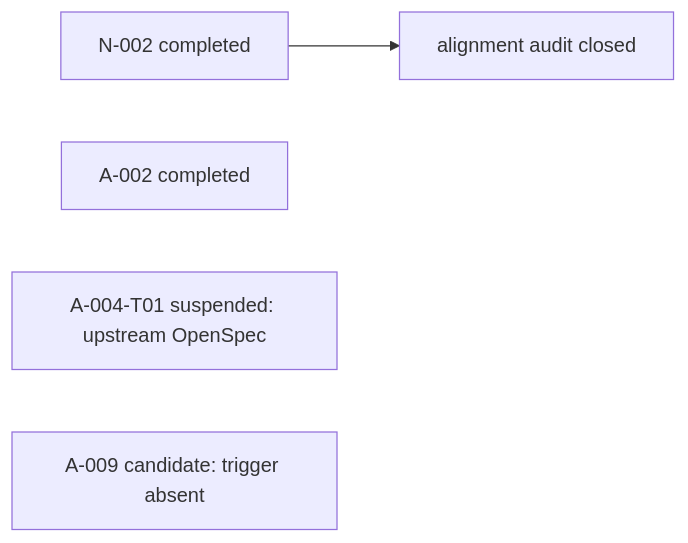
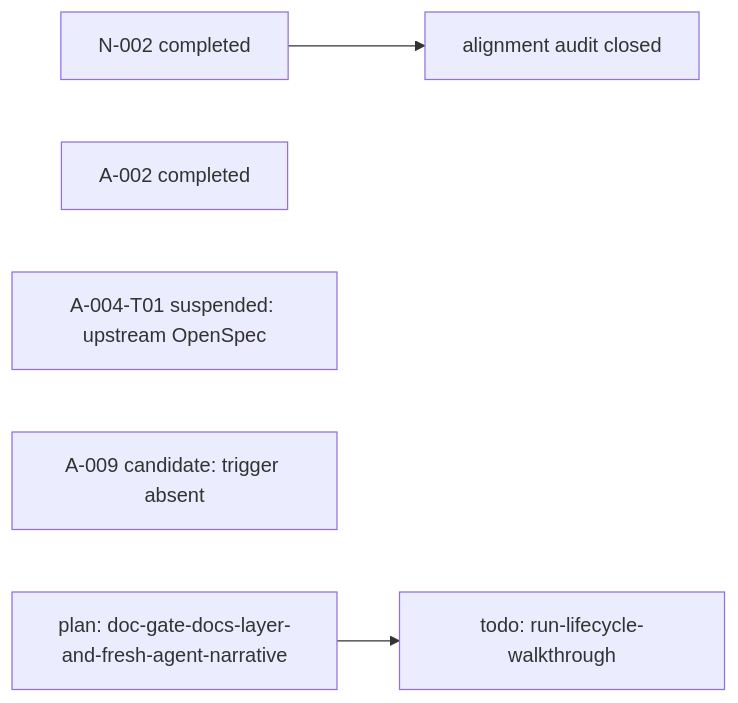
Before and after one commit to ethan-jiang-1/ai_deerflow_deep_research_v2: the diagram in _backlog/todos/README.md, drawn with Mermaid. The commit also changed other lines of this file and 13 other files, not shown here.

First line of the commit message:
feat(governance): doc gate widens to the dev-harness docs layer (PRS-020)

````diff
--- a/_backlog/todos/README.md
+++ b/_backlog/todos/README.md
@@ -43,7 +45,8 @@
 ```mermaid
 flowchart LR
   N002["N-002 completed"] --> Close["alignment audit closed"]
   A002["A-002 completed"]
   T01["A-004-T01 suspended: upstream OpenSpec"]
   A009["A-009 candidate: trigger absent"]
+  PLN["plan: doc-gate-docs-layer-and-fresh-agent-narrative"] --> WLK["todo: run-lifecycle-walkthrough"]
 ```
````
